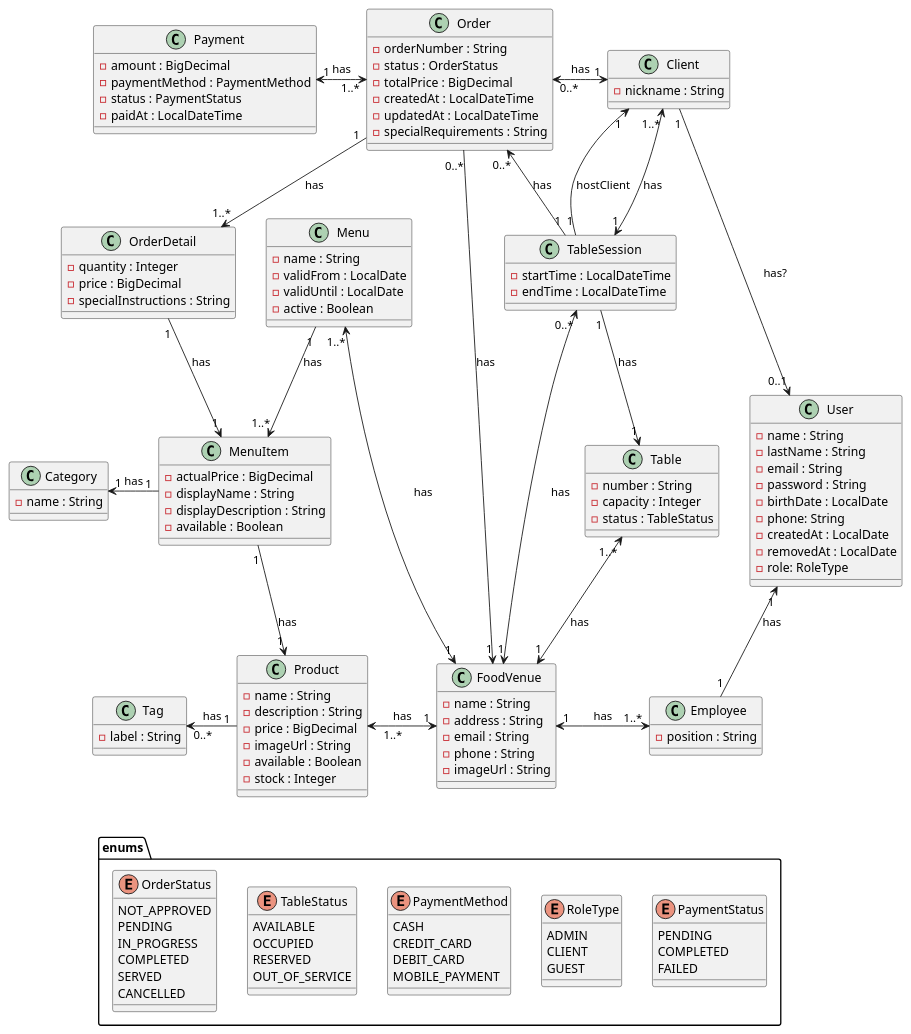
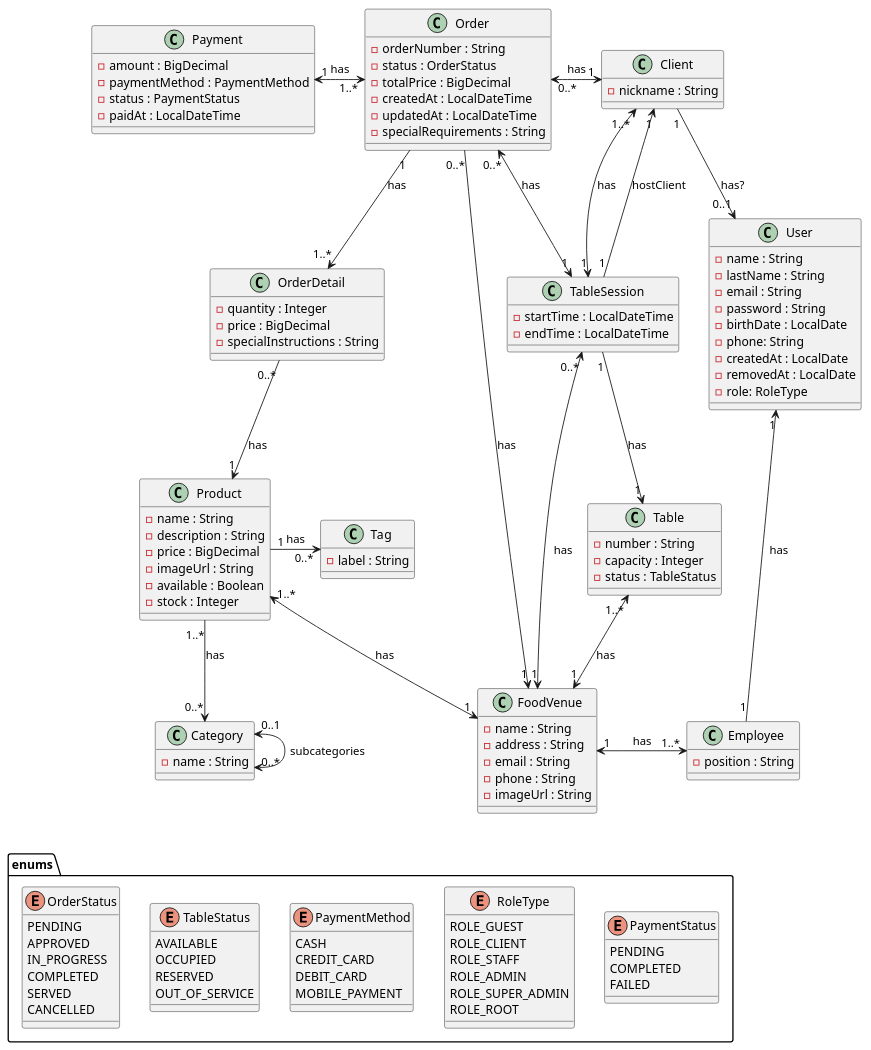
One commit to RodriLang/food-ordering-API changed the diagram in src/main/resources/diagrams/FoodVenues.puml. Above: the diagram before and after it, drawn with PlantUML. The commit also changed 27 other files, not shown here.

```diff
--- a/src/main/resources/diagrams/FoodVenues.puml
+++ b/src/main/resources/diagrams/FoodVenues.puml
@@ -1,168 +1,157 @@
 @startuml
 
 
 ' === Main entities ===
 
 class User {
     - name : String
     - lastName : String
     - email : String
     - password : String
     - birthDate : LocalDate
     - phone: String
     - createdAt : LocalDate
     - removedAt : LocalDate
     - role: RoleType
 }
 
 class Client {
     - nickname : String
 }
 
 class Employee {
     - position : String
 }
 
 class FoodVenue {
     - name : String
     - address : String
     - email : String
     - phone : String
     - imageUrl : String
 }
 
 class Table {
     - number : String
     - capacity : Integer
     - status : TableStatus
 }
 
 class TableSession {
     - startTime : LocalDateTime
     - endTime : LocalDateTime
 }
 
-class Menu {
-    - name : String
-    - validFrom : LocalDate
-    - validUntil : LocalDate
-    - active : Boolean
-}
 
-class MenuItem {
-    - actualPrice : BigDecimal
-    - displayName : String
-    - displayDescription : String
-    - available : Boolean
-}
 
 class Product {
     - name : String
     - description : String
     - price : BigDecimal
     - imageUrl : String
     - available : Boolean
     - stock : Integer
 }
 
 class Category {
     - name : String
 }
 
 class Tag {
     - label : String
 }
 
 class Order {
     - orderNumber : String
     - status : OrderStatus
     - totalPrice : BigDecimal
     - createdAt : LocalDateTime
     - updatedAt : LocalDateTime
     - specialRequirements : String
 }
 
 class OrderDetail {
     -quantity : Integer
     -price : BigDecimal
     -specialInstructions : String
 }
 
 class Payment {
     - amount : BigDecimal
     - paymentMethod : PaymentMethod
     - status : PaymentStatus
     - paidAt : LocalDateTime
 }
 
 
 ' === Enums ===
 package enums {
     enum TableStatus {
         AVAILABLE
         OCCUPIED
         RESERVED
         OUT_OF_SERVICE
     }
 
     enum RoleType {
-        ADMIN
-        CLIENT
-        GUEST
+        ROLE_GUEST
+        ROLE_CLIENT
+        ROLE_STAFF
+        ROLE_ADMIN
+        ROLE_SUPER_ADMIN
+        ROLE_ROOT
     }
 
     enum OrderStatus {
-        NOT_APPROVED
         PENDING
+        APPROVED
         IN_PROGRESS
         COMPLETED
         SERVED
         CANCELLED
     }
 
     enum PaymentStatus {
         PENDING
         COMPLETED
         FAILED
     }
 
     enum PaymentMethod {
       CASH
       CREDIT_CARD
       DEBIT_CARD
       MOBILE_PAYMENT
     }
 }
 
 ' === Relations ===
 FoodVenue "1" <-up-> "1..*" Table : has
-FoodVenue "1" <-left-> "1..*" Menu : has
 FoodVenue "1" <-up-> "0..*" TableSession : has
-FoodVenue "1" <-left-> "   1..*" Product : has
+FoodVenue "1" <-left-> "1..*" Product : has
 FoodVenue "1" <-left- "0..*" Order : has
 FoodVenue "1" <-right-> "1..*" Employee : has
-Menu "1" --> "1..*" MenuItem : has
-MenuItem "1" --> "1" Product : has
-MenuItem "1" -left-> "1" Category : has
-Product "1" -left-> "0..*" Tag : has
-TableSession "1" -left-> "0..*" Order : has
+Product "1..*" -down-> "0..*" Category : has
+Product "1" -right-> "0..*" Tag : has
+TableSession "1" <-left-> "0..*" Order : has
 TableSession "1" <-up-> "1..*" Client : has
 TableSession "1" --> "1" Client : hostClient
 TableSession "1" -down-> "1" Table : has
 Payment "1" <-right-> "1..*" Order : has
 Client "1" <-left-> "0..* " Order : has
 Order "1" -down-> "1..*" OrderDetail : has
-OrderDetail "1" -down-> "1" MenuItem : has
+OrderDetail "0..*" -down-> "1" Product : has
 Client "1" -down-> "0..1" User : has?
 Employee "1" -up-> "1" User : has
+Category "0..1" <--> "0..*" Category : subcategories
 
-User -[hidden]left- MenuItem
+
 
 
 TableStatus -right[hidden]- PaymentMethod
 TableStatus -left[hidden]- OrderStatus
 PaymentMethod -right[hidden]- RoleType
 RoleType -right[hidden]- PaymentStatus
-TableStatus -up[hidden]- Product
+TableStatus -up[hidden]- Category
 
 @enduml
```
